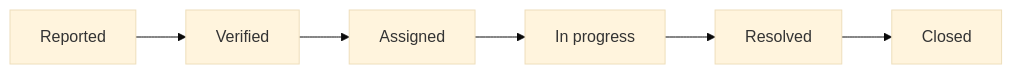
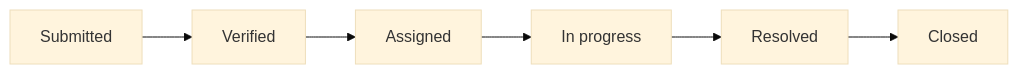
Before and after one commit to Adi-Marathe/Nagarsetu: the first of 2 diagrams in README.md, drawn with Mermaid (base theme). The commit also changed other lines of this file, not shown here.

````diff
--- a/README.md
+++ b/README.md
@@ -40,8 +59,8 @@
 ```mermaid
 flowchart LR
-    A[Reported] --> B[Verified]
+    A[Submitted] --> B[Verified]
     B --> C[Assigned]
     C --> D[In progress]
     D --> E[Resolved]
     E --> F[Closed]
 ```
````
